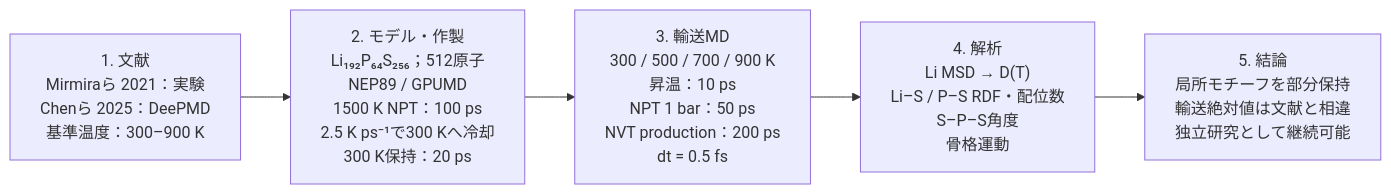
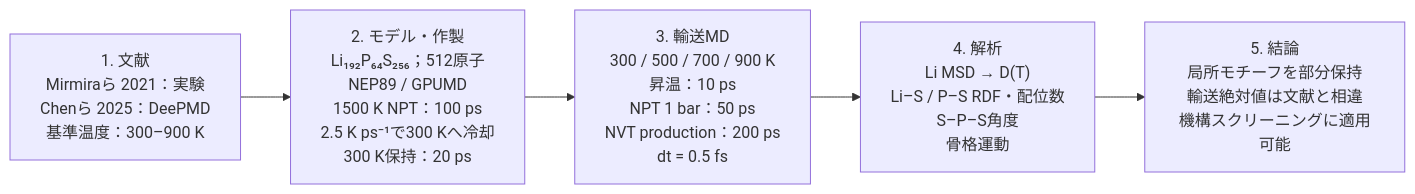
The fifth of 6 diagrams in docs/materials/materials_overview_ja.md (Long-Brian-Yang/li-research), drawn with Mermaid before and after one commit. The commit also changed other lines of this file and 2 other files, not shown here.

````diff
--- a/docs/materials/materials_overview_ja.md
+++ b/docs/materials/materials_overview_ja.md
@@ -541,7 +545,7 @@
 ```mermaid
 flowchart LR
     A["1. 文献<br/>Mirmiraら 2021：実験<br/>Chenら 2025：DeePMD<br/>基準温度：300–900 K"] --> B["2. モデル・作製<br/>Li₁₉₂P₆₄S₂₅₆；512原子<br/>NEP89 / GPUMD<br/>1500 K NPT：100 ps<br/>2.5 K ps⁻¹で300 Kへ冷却<br/>300 K保持：20 ps"]
     B --> C["3. 輸送MD<br/>300 / 500 / 700 / 900 K<br/>昇温：10 ps<br/>NPT 1 bar：50 ps<br/>NVT production：200 ps<br/>dt = 0.5 fs"]
     C --> D["4. 解析<br/>Li MSD → D(T)<br/>Li–S / P–S RDF・配位数<br/>S–P–S角度<br/>骨格運動"]
-    D --> E["5. 結論<br/>局所モチーフを部分保持<br/>輸送絶対値は文献と相違<br/>独立研究として継続可能"]
+    D --> E["5. 結論<br/>局所モチーフを部分保持<br/>輸送絶対値は文献と相違<br/>機構スクリーニングに適用可能"]
 ```
````
